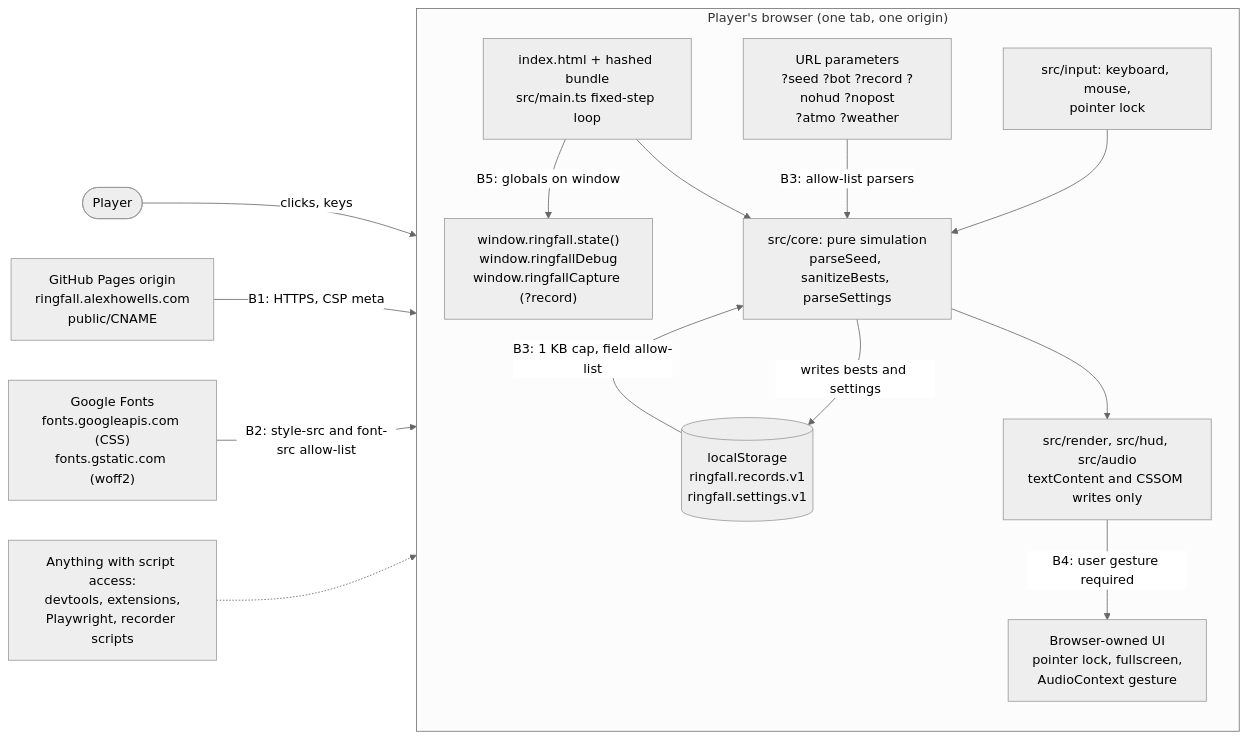
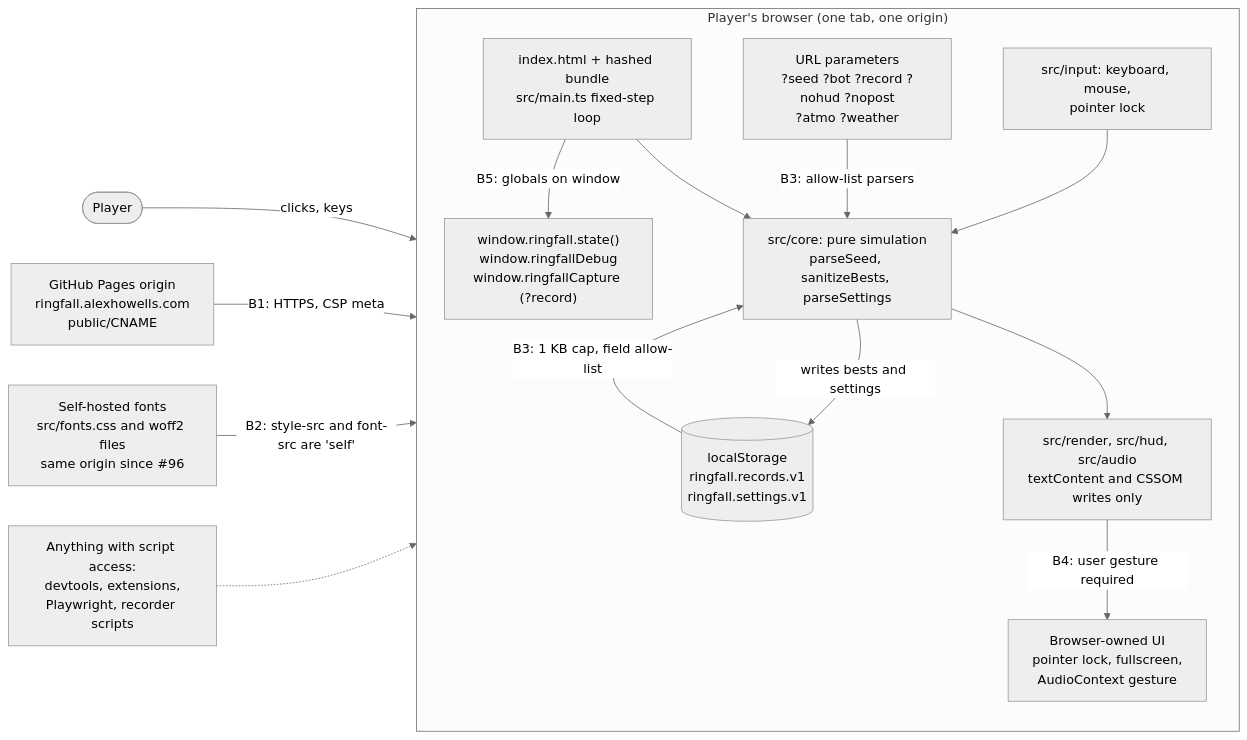
The first of 2 diagrams in docs/threat-model.md (agh/ringfall), drawn with Mermaid (neutral theme) before and after one commit. The commit also changed other lines of this file and 13 other files, not shown here.

````diff
--- a/docs/threat-model.md
+++ b/docs/threat-model.md
@@ -47,32 +47,32 @@
 ```mermaid
 flowchart LR
   player(["Player"])
 
   subgraph browser["Player's browser (one tab, one origin)"]
     direction TB
     page["index.html + hashed bundle<br/>src/main.ts fixed-step loop"]
     core["src/core: pure simulation<br/>parseSeed, sanitizeBests, parseSettings"]
     present["src/render, src/hud, src/audio<br/>textContent and CSSOM writes only"]
     input["src/input: keyboard, mouse,<br/>pointer lock"]
     globals["window.ringfall.state()<br/>window.ringfallDebug<br/>window.ringfallCapture (?record)"]
     storage[("localStorage<br/>ringfall.records.v1<br/>ringfall.settings.v1")]
     url["URL parameters<br/>?seed ?bot ?record ?nohud ?nopost<br/>?atmo ?weather"]
     privileged["Browser-owned UI<br/>pointer lock, fullscreen,<br/>AudioContext gesture"]
   end
 
   pages["GitHub Pages origin<br/>ringfall.alexhowells.com<br/>public/CNAME"]
-  fonts["Google Fonts<br/>fonts.googleapis.com (CSS)<br/>fonts.gstatic.com (woff2)"]
+  fonts["Self-hosted fonts<br/>src/fonts.css and woff2 files<br/>same origin since #96"]
   scripts["Anything with script access:<br/>devtools, extensions,<br/>Playwright, recorder scripts"]
 
   player -->|clicks, keys| input
   pages -->|"B1: HTTPS, CSP meta"| page
-  fonts -->|"B2: style-src and font-src allow-list"| page
+  fonts -->|"B2: style-src and font-src are 'self'"| page
   url -->|"B3: allow-list parsers"| core
   storage -->|"B3: 1 KB cap, field allow-list"| core
   page --> core --> present
   input --> core
   present -->|"B4: user gesture required"| privileged
   page -->|"B5: globals on window"| globals
   scripts -.-> globals
   core -->|writes bests and settings| storage
 ```
````
